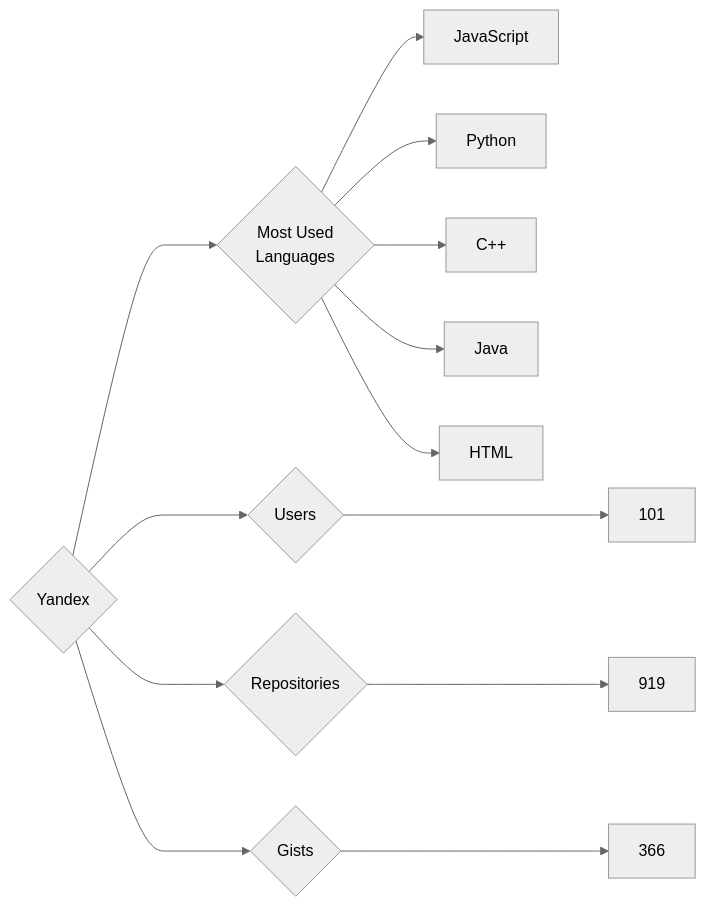
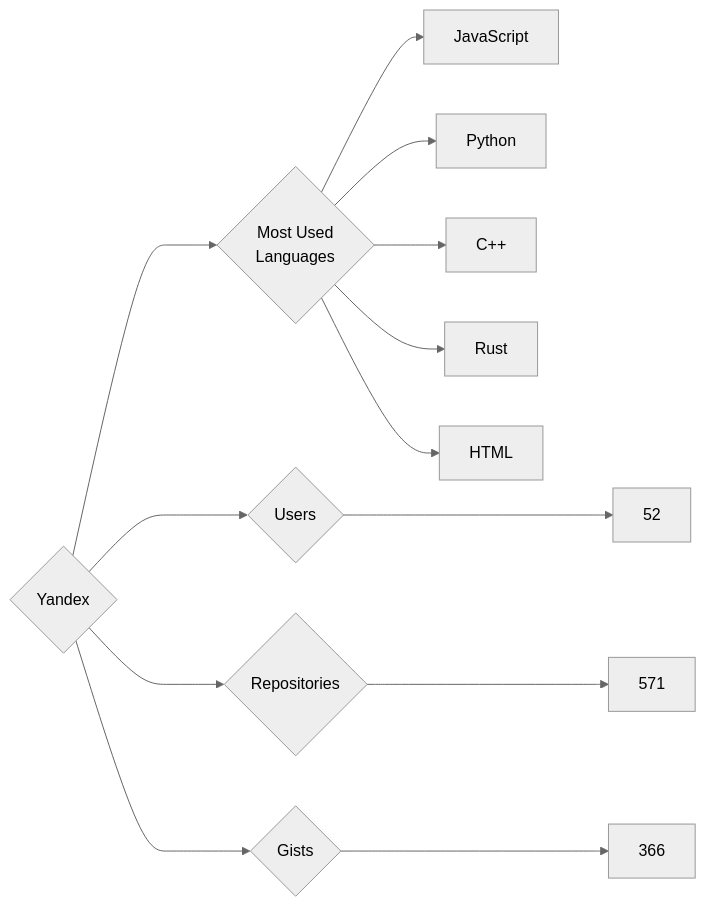
One commit to trickest/insiders changed the diagram in targets/Yandex/README.md. Above: the diagram before and after it, drawn with Mermaid (neutral theme). The commit also changed 823 other files, not shown here.

````diff
--- a/targets/Yandex/README.md
+++ b/targets/Yandex/README.md
@@ -3,13 +3,13 @@
 ```mermaid
 graph LR
 COMPANY_NAME{Yandex}
-COMPANY_NAME ---> U{Users} ---> UN[101]
-COMPANY_NAME ---> R{Repositories} ---> RN[919]
+COMPANY_NAME ---> U{Users} ---> UN[52]
+COMPANY_NAME ---> R{Repositories} ---> RN[571]
 COMPANY_NAME ---> G{Gists} ---> GN[366]
 COMPANY_NAME ---> ML{Most Used<br>Languages}
 ML --> JavaScript[JavaScript]
 ML --> Python[Python]
 ML --> C++[C++]
-ML --> Java[Java]
+ML --> Rust[Rust]
 ML --> HTML[HTML]
 ```
````
